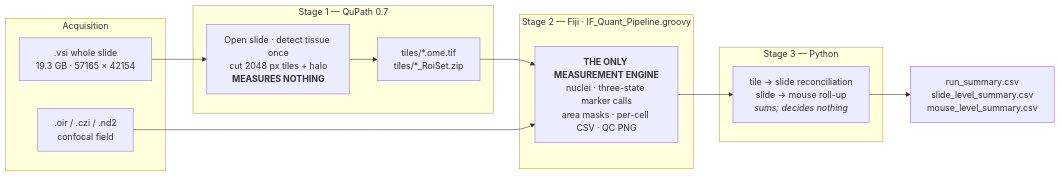
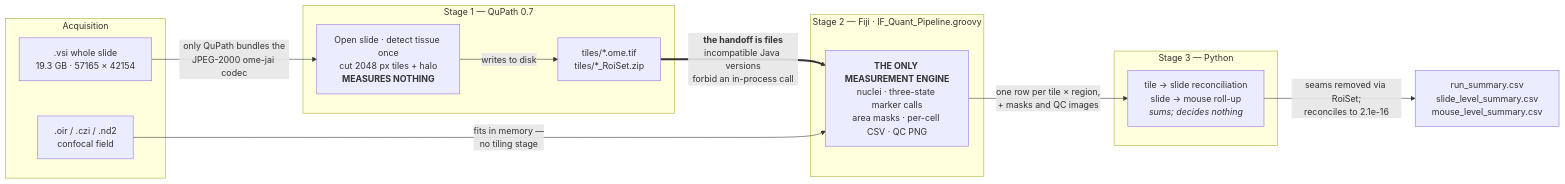
One commit to xorca0711/IFQuant-Lung changed the first of 8 diagrams in WORKFLOW.md. Above: the diagram before and after it, drawn with Mermaid. The commit also changed 1 other file, not shown here.

First paragraph of the commit message:
Label the architecture diagrams' edges
Audited every mermaid diagram for edge labelling. The two ARCHITECTURE diagrams
- the first thing a reviewer sees in README.md and WORKFLOW.md - scored 0/5 and
0/6: not one arrow said anything.

````diff
--- a/WORKFLOW.md
+++ b/WORKFLOW.md
@@ -20,20 +20,25 @@
 ```mermaid
 flowchart LR
     subgraph ACQ[Acquisition]
         V[".vsi whole slide<br/>19.3 GB · 57165 × 42154"]
         C[".oir / .czi / .nd2<br/>confocal field"]
     end
     subgraph S1["Stage 1 — QuPath 0.7"]
         Q["Open slide · detect tissue once<br/>cut 2048 px tiles + halo<br/><b>MEASURES NOTHING</b>"]
         T["tiles/*.ome.tif<br/>tiles/*_RoiSet.zip"]
     end
     subgraph S2["Stage 2 — Fiji · IF_Quant_Pipeline.groovy"]
         E["<b>THE ONLY MEASUREMENT ENGINE</b><br/>nuclei · three-state marker calls<br/>area masks · per-cell CSV · QC PNG"]
     end
     subgraph S3["Stage 3 — Python"]
         A["tile → slide reconciliation<br/>slide → mouse roll-up<br/><i>sums; decides nothing</i>"]
     end
-    V --> Q --> T --> E
-    C --> E
-    E --> A --> R["run_summary.csv<br/>slide_level_summary.csv<br/>mouse_level_summary.csv"]
+    R["run_summary.csv<br/>slide_level_summary.csv<br/>mouse_level_summary.csv"]
+
+    V -->|"only QuPath bundles the<br/>JPEG-2000 ome-jai codec"| Q
+    Q -->|"writes to disk"| T
+    T ==>|"<b>the handoff is files</b><br/>incompatible Java versions<br/>forbid an in-process call"| E
+    C -->|"fits in memory —<br/>no tiling stage"| E
+    E -->|"one row per tile × region,<br/>+ masks and QC images"| A
+    A -->|"seams removed via RoiSet;<br/>reconciles to 2.1e-16"| R
 ```
````
